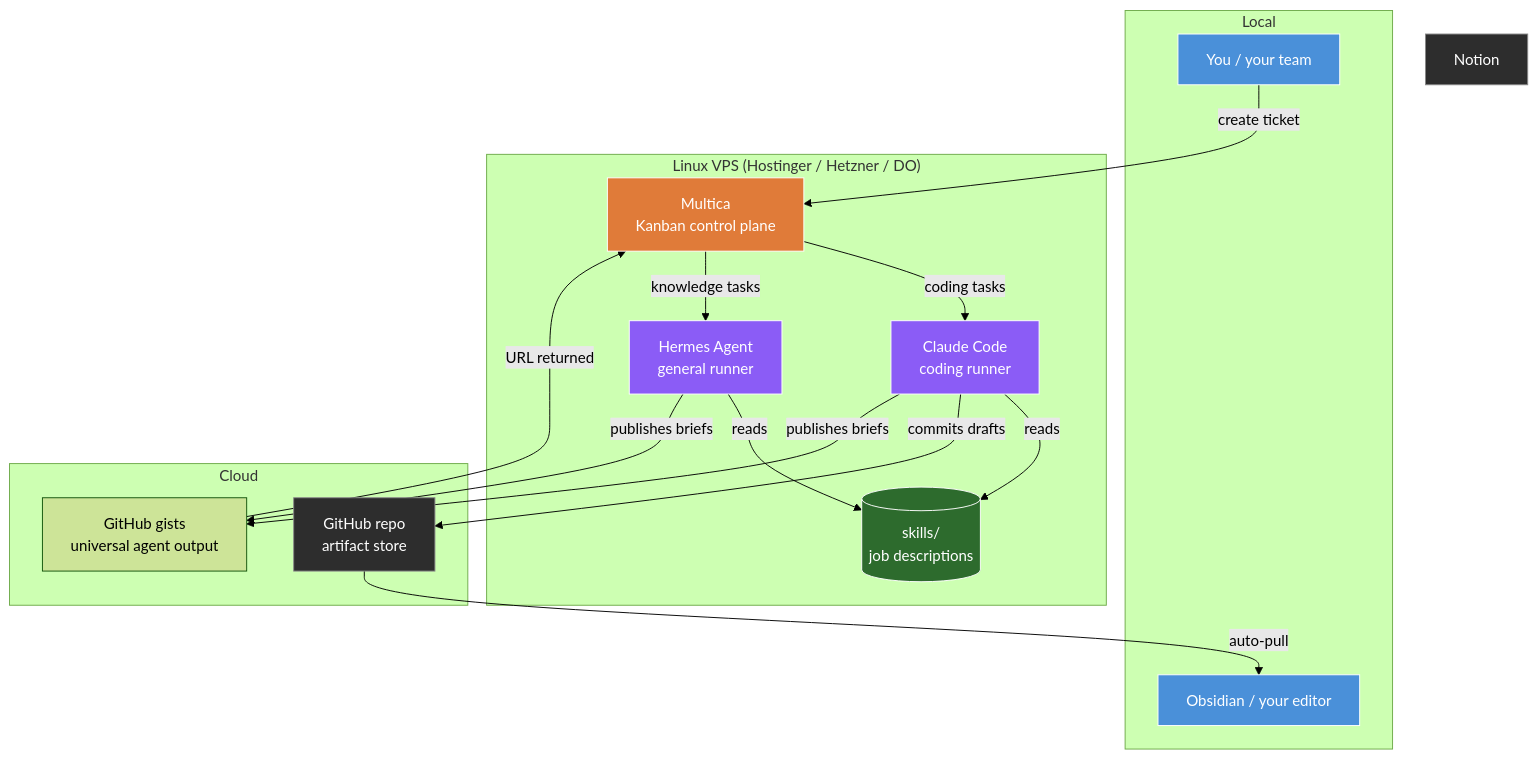
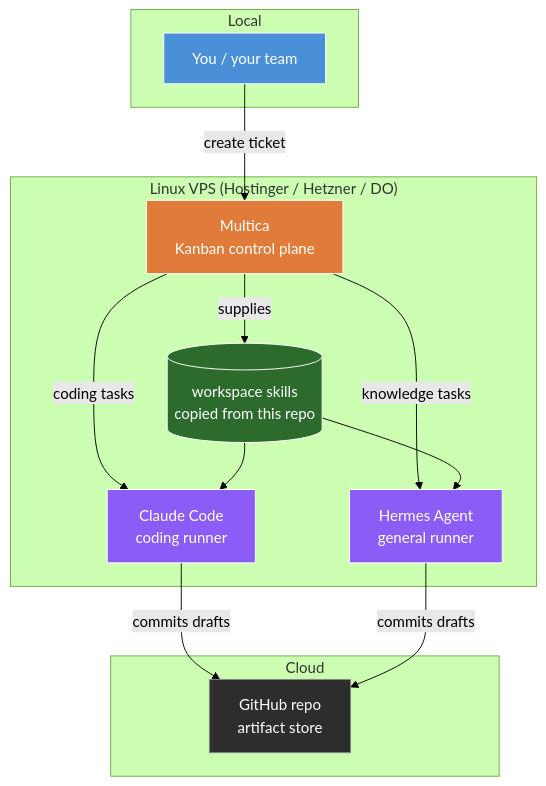
One commit to owainlewis/youtube-tutorials changed the second of 3 diagrams in tutorials/multi-agent-teams/LESSON.md. Above: the diagram before and after it, drawn with Mermaid (forest theme). The commit also changed other lines of this file and 17 other files, not shown here.

````diff
--- a/tutorials/multi-agent-teams/LESSON.md
+++ b/tutorials/multi-agent-teams/LESSON.md
@@ -77,39 +75,33 @@
 ```mermaid
 flowchart TB
     subgraph Local
         You["You / your team"]
-        Editor["Obsidian / your editor"]
     end
 
     subgraph VPS["Linux VPS (Hostinger / Hetzner / DO)"]
         Multica["Multica<br/>Kanban control plane"]
         CC["Claude Code<br/>coding runner"]
         Hermes["Hermes Agent<br/>general runner"]
-        Skills[("skills/<br/>job descriptions")]
+        Skills[("workspace skills<br/>copied from this repo")]
     end
 
     subgraph Cloud
         GitHub["GitHub repo<br/>artifact store"]
-        Gists["GitHub gists<br/>universal agent output"]
     end
 
     You -->|create ticket| Multica
     Multica -->|coding tasks| CC
     Multica -->|knowledge tasks| Hermes
-    CC -->|reads| Skills
-    Hermes -->|reads| Skills
+    Multica -->|supplies| Skills
+    Skills --> CC
+    Skills --> Hermes
     CC -->|commits drafts| GitHub
-    Hermes -->|publishes briefs| Gists
-    CC -->|publishes briefs| Gists
-    GitHub -->|auto-pull| Editor
-    Gists -->|URL returned| Multica
+    Hermes -->|commits drafts| GitHub
 
     style You fill:#4A90D9,stroke:#fff,color:#fff
-    style Editor fill:#4A90D9,stroke:#fff,color:#fff
     style Multica fill:#E07B39,stroke:#fff,color:#fff
     style CC fill:#8B5CF6,stroke:#fff,color:#fff
     style Hermes fill:#8B5CF6,stroke:#fff,color:#fff
     style Skills fill:#2D6B2D,stroke:#fff,color:#fff
     style GitHub fill:#2D2D2D,stroke:#888,color:#fff
-    style Notion fill:#2D2D2D,stroke:#888,color:#fff
 ```
````
